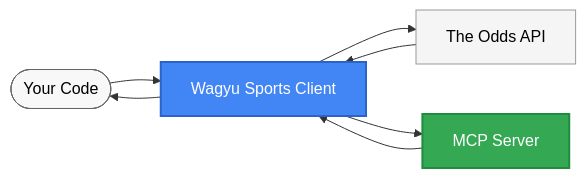
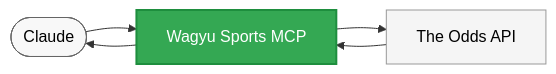
The diagram in README.md (hrgarber/wagyu_mcp_hackathon), drawn with Mermaid before and after one commit. The commit also changed other lines of this file and 1 other file, not shown here.

````diff
--- a/README.md
+++ b/README.md
@@ -5,12 +5,10 @@
 ```mermaid
 graph LR
-    User([Your Code]) --> Client[Wagyu Sports Client] --> API[The Odds API]
-    MCP[MCP Server] --> Client
-    Client --> MCP
-    API --> Client --> User
+    Claude([Claude]) --> MCP[Wagyu Sports MCP]
+    MCP --> API[The Odds API]
+    API --> MCP --> Claude
     
-    style User fill:#f8f8f8,stroke:#666,stroke-width:1px,color:#000
-    style Client fill:#4285F4,stroke:#2965C9,stroke-width:2px,color:#fff
+    style Claude fill:#f8f8f8,stroke:#666,stroke-width:1px,color:#000
+    style MCP fill:#34A853,stroke:#1E8E3E,stroke-width:2px,color:#fff
     style API fill:#F5F5F5,stroke:#999,stroke-width:1px,color:#000
-    style MCP fill:#34A853,stroke:#1E8E3E,stroke-width:2px,color:#fff
 ```
````
